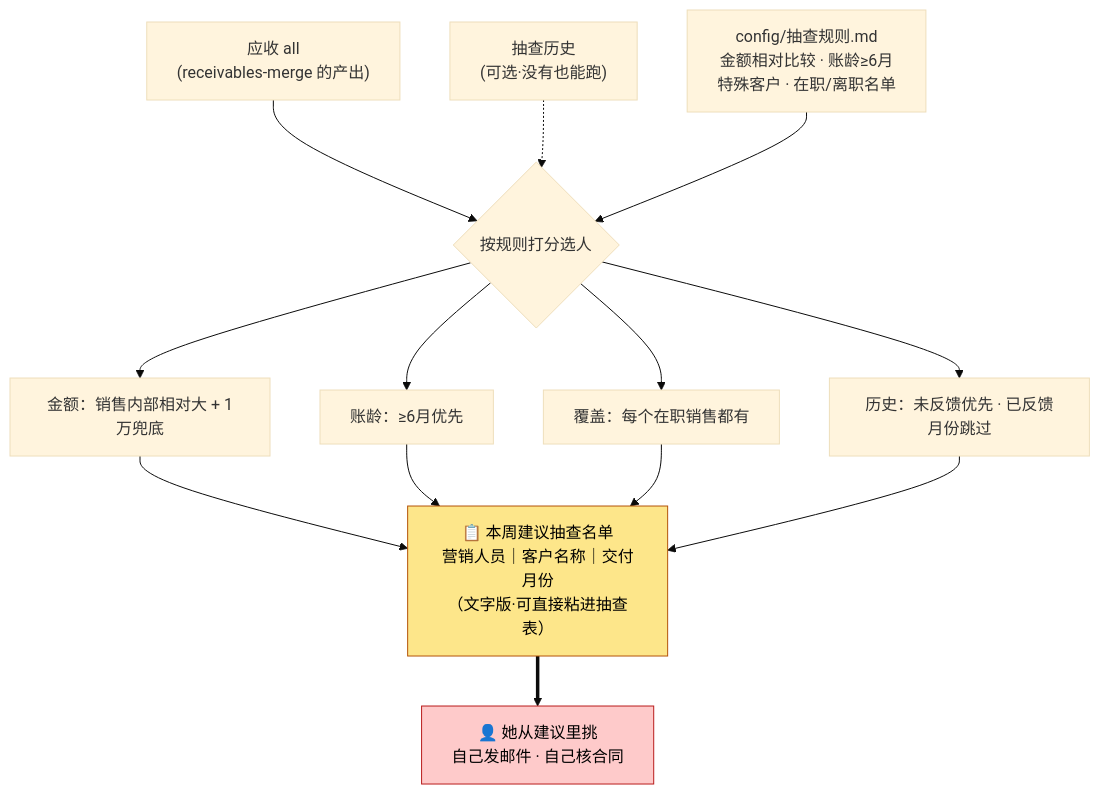
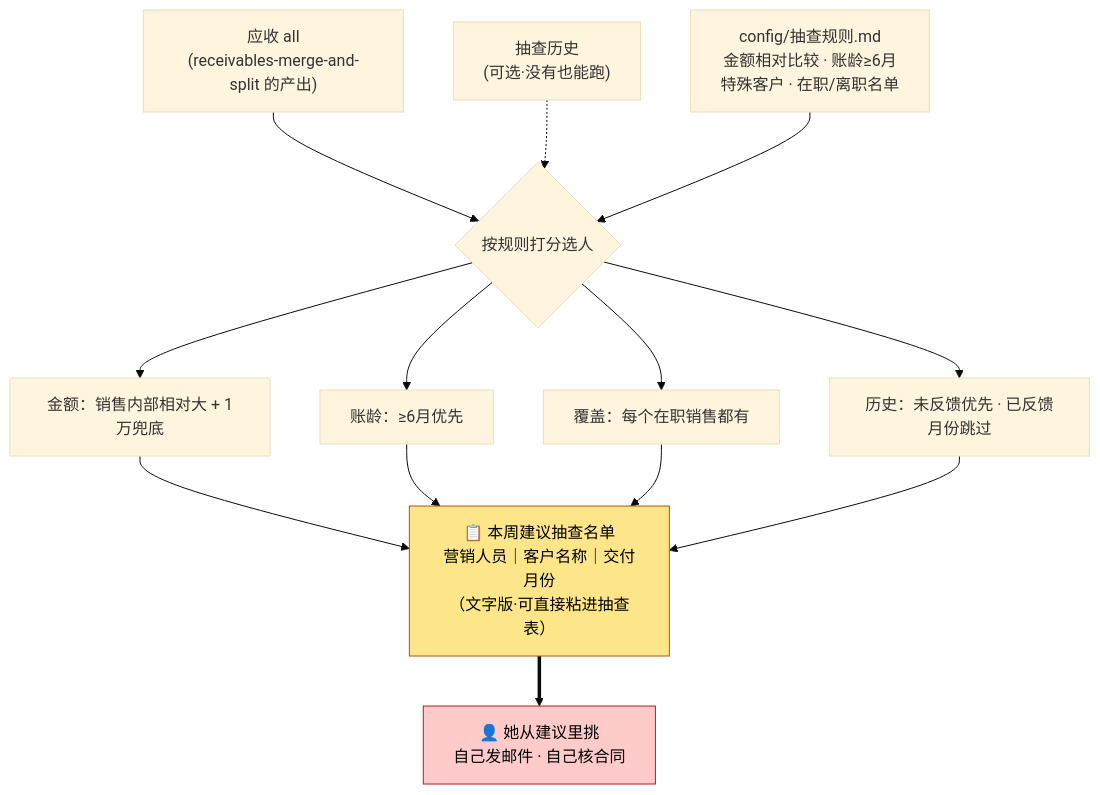
Before and after one commit to ErenYeager2002/financial_pj: the diagram in skills/compliance-spot-check/README.md, drawn with Mermaid (base theme). The commit also changed 367 other files, not shown here.

````diff
--- a/skills/compliance-spot-check/README.md
+++ b/skills/compliance-spot-check/README.md
@@ -54,15 +54,15 @@
 ```mermaid
 flowchart TD
-    A["应收 all<br/>(receivables-merge 的产出)"] --> C{"按规则打分选人"}
+    A["应收 all<br/>(receivables-merge-and-split 的产出)"] --> C{"按规则打分选人"}
     H["抽查历史<br/>(可选·没有也能跑)"] -.-> C
     R["config/抽查规则.md<br/>金额相对比较 · 账龄≥6月<br/>特殊客户 · 在职/离职名单"] --> C
     C --> P1["金额：销售内部相对大 + 1万兜底"]
     C --> P2["账龄：≥6月优先"]
     C --> P3["覆盖：每个在职销售都有"]
     C --> P4["历史：未反馈优先 · 已反馈月份跳过"]
     P1 & P2 & P3 & P4 --> OUT["📋 本周建议抽查名单<br/>营销人员｜客户名称｜交付月份<br/>（文字版·可直接粘进抽查表）"]
     OUT ==> HUMAN["👤 她从建议里挑<br/>自己发邮件 · 自己核合同"]
 
     style OUT fill:#fde68a,stroke:#b45309,color:#000
     style HUMAN fill:#fecaca,stroke:#b91c1c,color:#000
 ```
````
